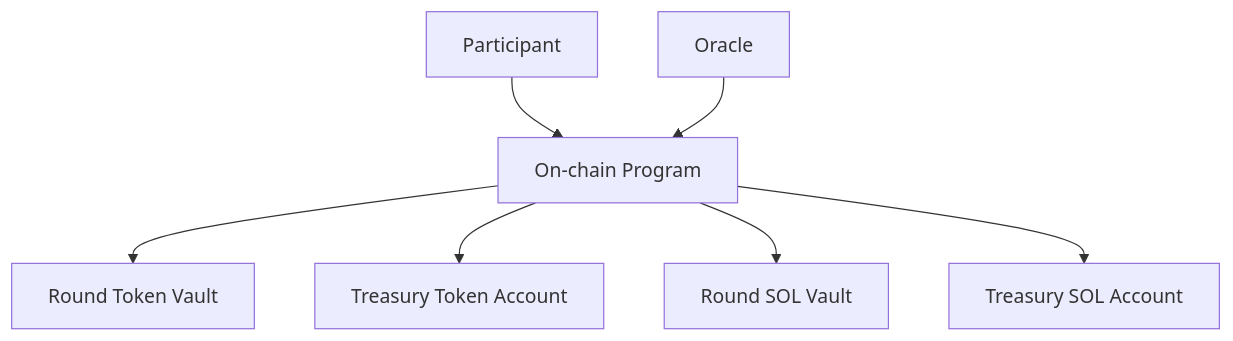
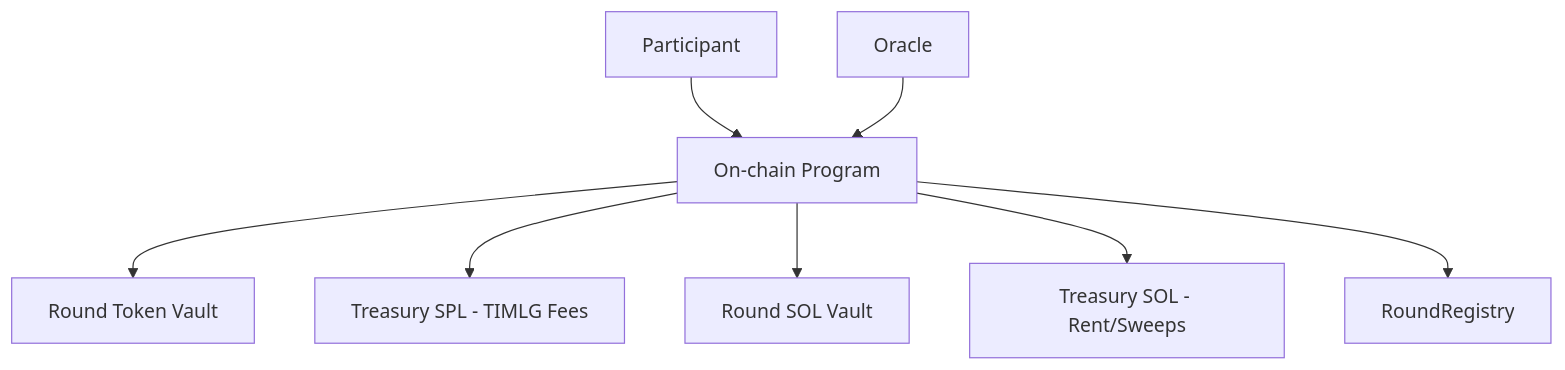
Before and after one commit to TIMLG-Protocol/timlg-protocol: the diagram in docs/protocol/overview.md, drawn with Mermaid. The commit also changed other lines of this file and 47 other files, not shown here.

Commit message:
docs: full English translation, roadmap redesign, and devnet beta bundle sync

````diff
--- a/docs/protocol/overview.md
+++ b/docs/protocol/overview.md
@@ -19,9 +19,10 @@
 ```mermaid
 graph TD
   P[Participant] --> S[On-chain Program]
   O[Oracle] --> S
   S --> V[Round Token Vault]
-  S --> TT[Treasury Token Account]
+  S --> T_SPL[Treasury SPL - TIMLG Fees]
   S --> SV[Round SOL Vault]
-  S --> TS[Treasury SOL Account]
+  S --> T_SOL[Treasury SOL - Rent/Sweeps]
+  S --> RR[RoundRegistry]
 ```
````
